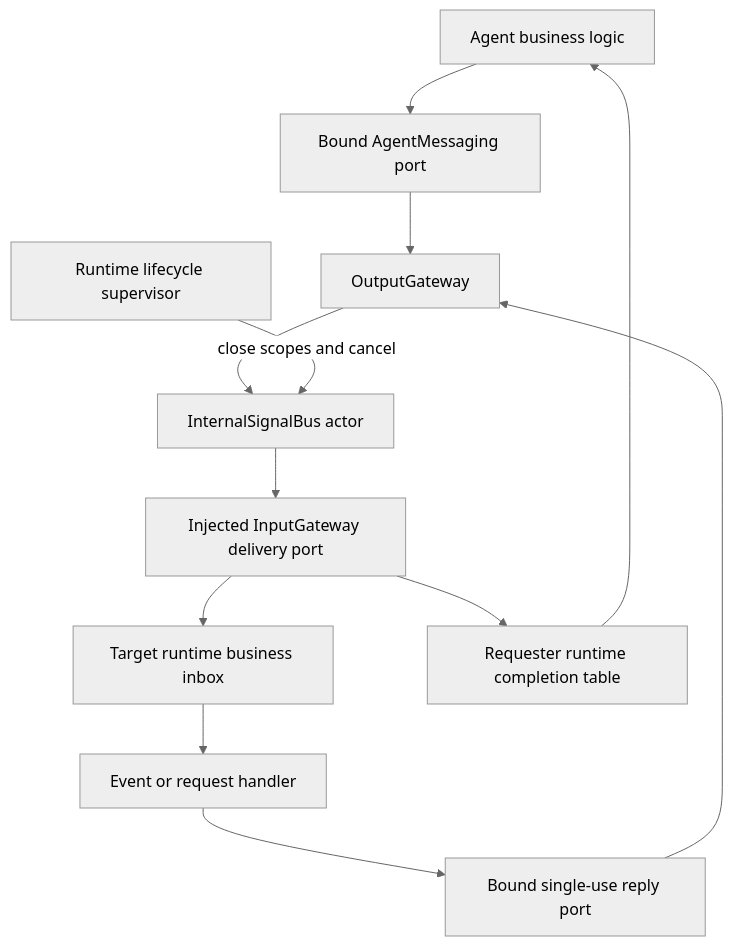
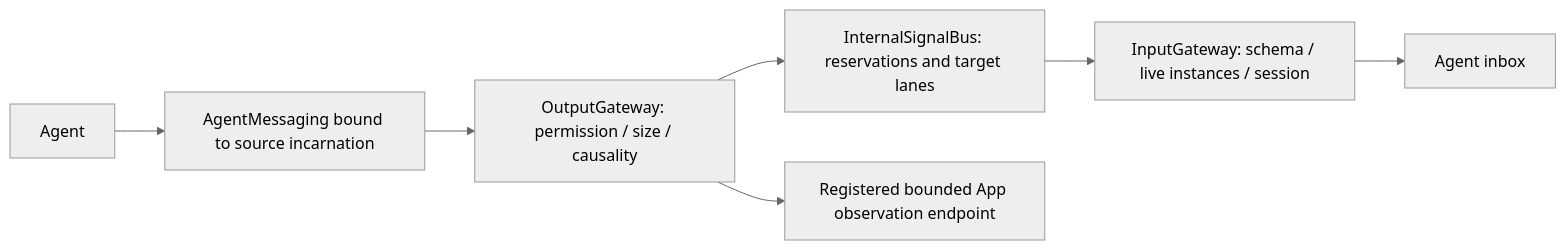
One commit to devilyouwei/MobileHarness changed the diagram in MobileHarness/AgentCore/Bus/README.md. Above: the diagram before and after it, drawn with Mermaid (neutral theme). The commit also changed other lines of this file and 43 other files, not shown here.

Commit message:
Enforce pure gateway boundaries and complete perception migration validation

````diff
--- a/MobileHarness/AgentCore/Bus/README.md
+++ b/MobileHarness/AgentCore/Bus/README.md
@@ -68,14 +10,9 @@
 ```mermaid
-flowchart TD
-    Logic[Agent business logic] --> OutPort[Bound AgentMessaging port]
-    OutPort --> Output[OutputGateway]
-    Output --> Bus[InternalSignalBus actor]
-    Bus --> Input[Injected InputGateway delivery port]
-    Input --> Inbox[Target runtime business inbox]
-    Inbox --> Handler[Event or request handler]
-    Handler --> ReplyPort[Bound single-use reply port]
-    ReplyPort --> Output
-    Input --> Complete[Requester runtime completion table]
-    Complete --> Logic
-    Life[Runtime lifecycle supervisor] -->|close scopes and cancel| Bus
+flowchart LR
+    Agent --> Port[AgentMessaging bound to source incarnation]
+    Port --> Output[OutputGateway: permission / size / causality]
+    Output --> Bus[InternalSignalBus: reservations and target lanes]
+    Bus --> Input[InputGateway: schema / live instances / session]
+    Input --> Inbox[Agent inbox]
+    Output --> Observer[Registered bounded App observation endpoint]
 ```
````
